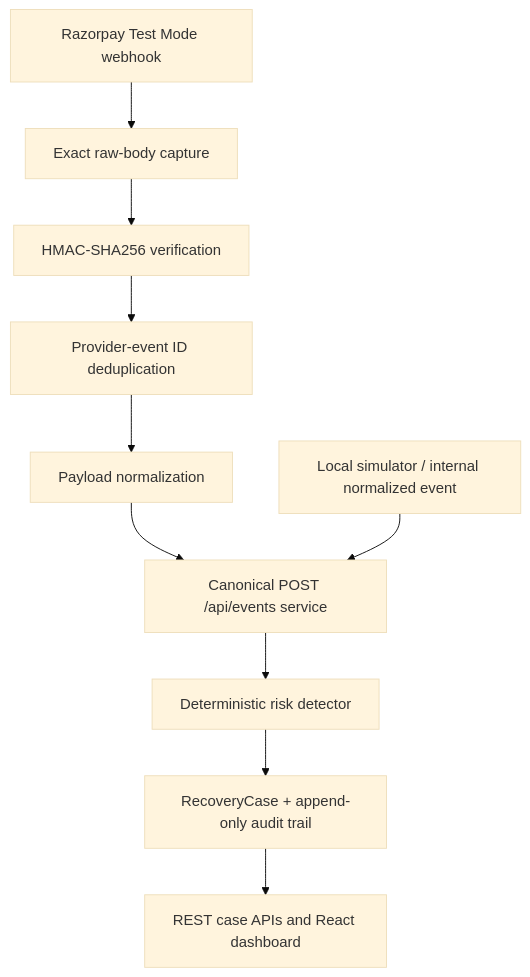
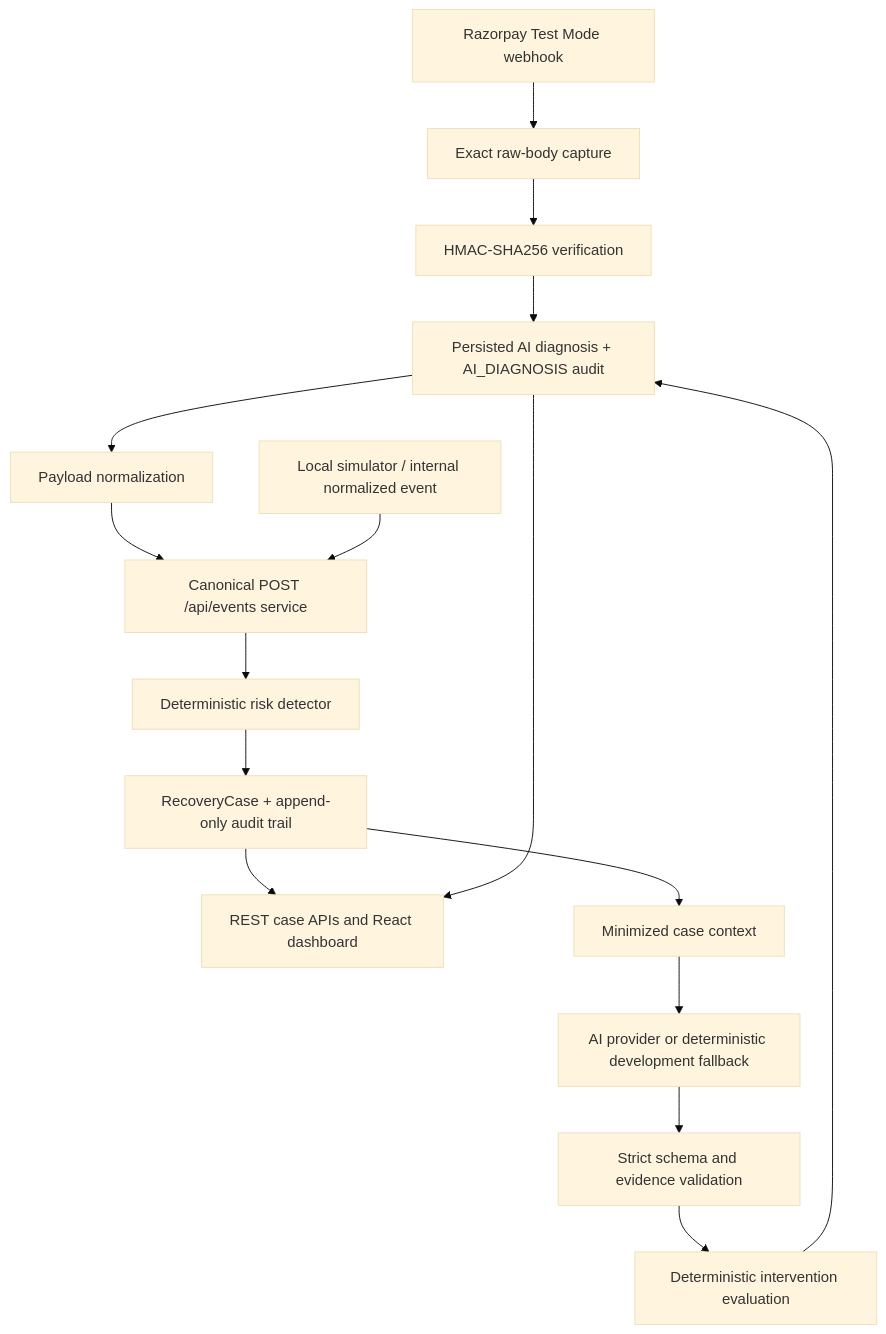
One commit to gititayush/recover-ai changed the diagram in docs/architecture.md. Above: the diagram before and after it, drawn with Mermaid (base theme). The commit also changed other lines of this file and 20 other files, not shown here.

````diff
--- a/docs/architecture.md
+++ b/docs/architecture.md
@@ -3,12 +3,18 @@
 ```mermaid
 flowchart TD
   R[Razorpay Test Mode webhook] --> B[Exact raw-body capture]
   B --> H[HMAC-SHA256 verification]
   H --> D[Provider-event ID deduplication]
   D --> N[Payload normalization]
   N --> E[Canonical POST /api/events service]
   S[Local simulator / internal normalized event] --> E
   E --> RD[Deterministic risk detector]
   RD --> C[RecoveryCase + append-only audit trail]
   C --> UI[REST case APIs and React dashboard]
+  C --> CT[Minimized case context]
+  CT --> AI[AI provider or deterministic development fallback]
+  AI --> V[Strict schema and evidence validation]
+  V --> IE[Deterministic intervention evaluation]
+  IE --> D[Persisted AI diagnosis + AI_DIAGNOSIS audit]
+  D --> UI
 ```
````
